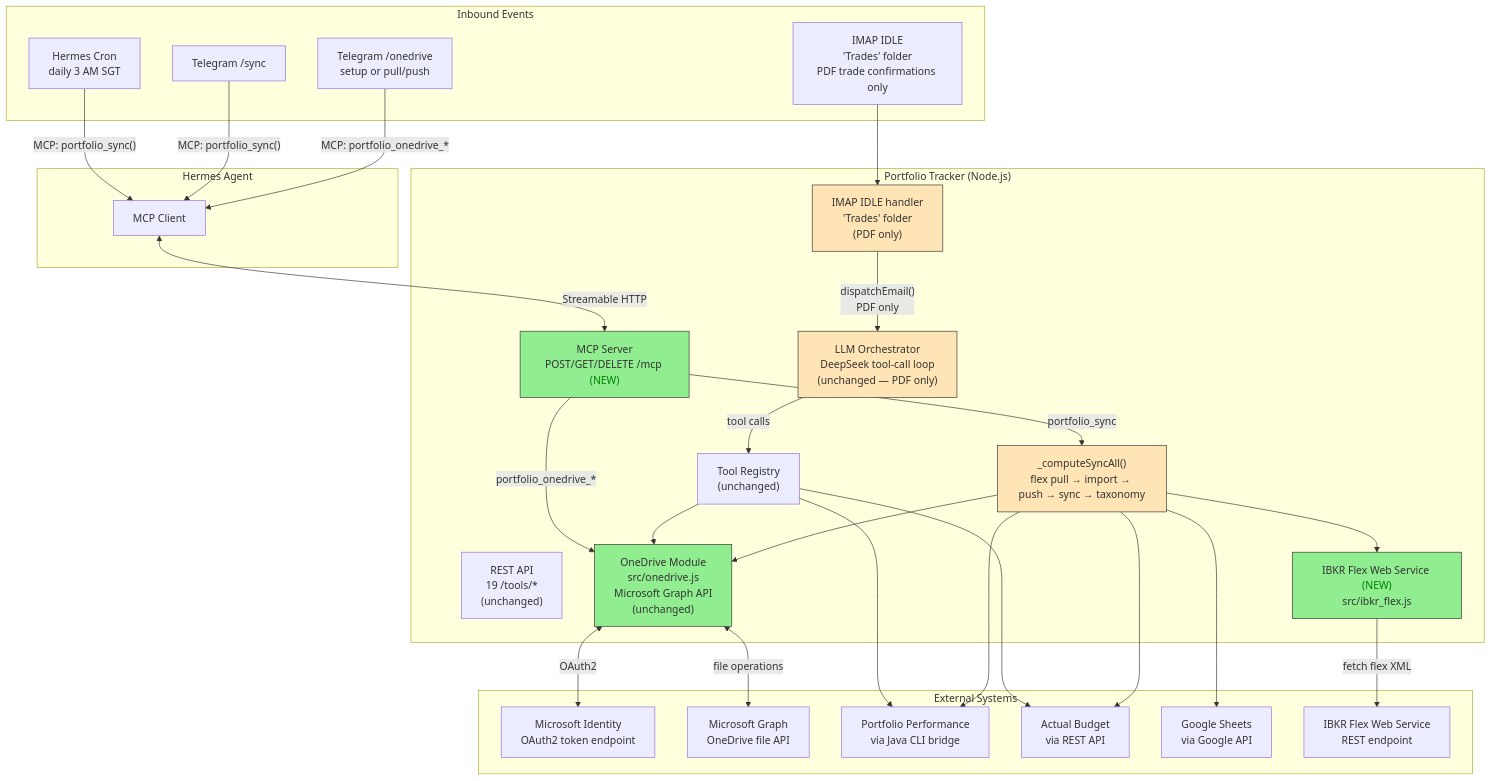
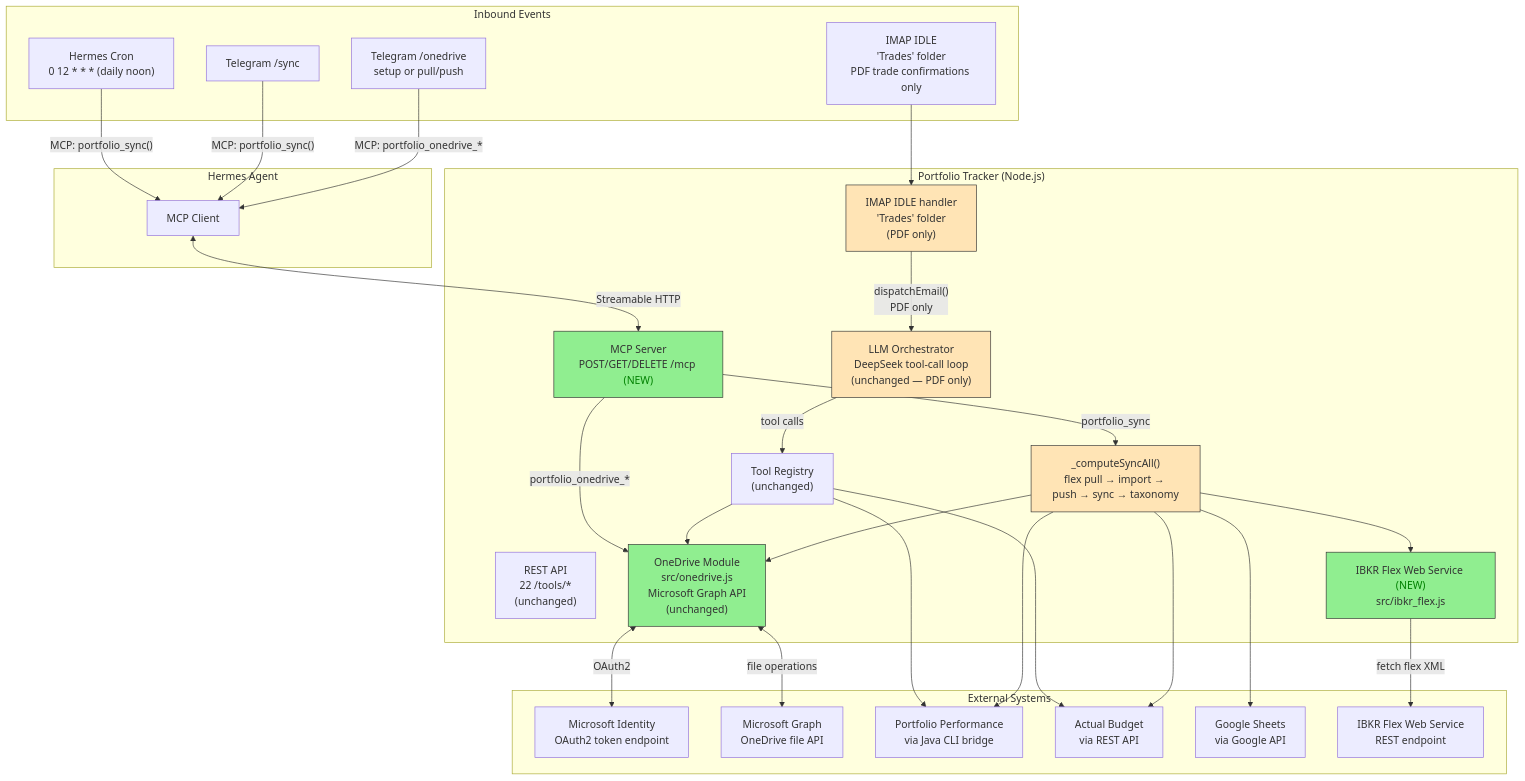
Before and after one commit to darrencjh8/darren-openclaw: the diagram in specs/003-portfolio-tracker/spec.md, drawn with Mermaid. The commit also changed other lines of this file and 36 other files, not shown here.

````diff
--- a/specs/003-portfolio-tracker/spec.md
+++ b/specs/003-portfolio-tracker/spec.md
@@ -23,60 +23,60 @@
 ```mermaid
 flowchart TB
     subgraph Triggers["Inbound Events"]
-        CRON["Hermes Cron<br/>daily 3 AM SGT"]
+        CRON["Hermes Cron<br/>0 12 * * * (daily noon)"]
         TG_SYNC["Telegram /sync"]
         TG_ONEDRIVE["Telegram /onedrive<br/>setup or pull/push"]
         IMAP["IMAP IDLE<br/>'Trades' folder<br/>PDF trade confirmations only"]
     end
 
     subgraph Hermes["Hermes Agent"]
         MCP_C["MCP Client"]
     end
 
     subgraph PT["Portfolio Tracker (Node.js)"]
         MCP_S["MCP Server<br/>POST/GET/DELETE /mcp<span style='color:green'> (NEW)</span>"]
-        REST["REST API<br/>19 /tools/*<br/>(unchanged)"]
+        REST["REST API<br/>22 /tools/*<br/>(unchanged)"]
         ORCH["LLM Orchestrator<br/>DeepSeek tool-call loop<br/>(unchanged — PDF only)"]
         TOOLS["Tool Registry<br/>(unchanged)"]
         IMAP_H["IMAP IDLE handler<br/>'Trades' folder<br/>(PDF only)"]
         SYNC["_computeSyncAll()<br/>flex pull → import → push → sync → taxonomy"]
         FLEX["IBKR Flex Web Service<span style='color:green'> (NEW)</span><br/>src/ibkr_flex.js"]
         OD["OneDrive Module<br/>src/onedrive.js<br/>Microsoft Graph API<br/>(unchanged)"]
     end
 
     subgraph External["External Systems"]
         MS["Microsoft Identity<br/>OAuth2 token endpoint"]
         GRAPH["Microsoft Graph<br/>OneDrive file API"]
         PP["Portfolio Performance<br/>via Java CLI bridge"]
         AB["Actual Budget<br/>via REST API"]
         GSHEETS["Google Sheets<br/>via Google API"]
         IBKR["IBKR Flex Web Service<br/>REST endpoint"]
     end
 
     CRON -->|"MCP: portfolio_sync()"| MCP_C
     TG_SYNC -->|"MCP: portfolio_sync()"| MCP_C
     TG_ONEDRIVE -->|"MCP: portfolio_onedrive_*"| MCP_C
     MCP_C <-->|"Streamable HTTP"| MCP_S
     MCP_S -->|"portfolio_sync"| SYNC
     MCP_S -->|"portfolio_onedrive_*"| OD
     IMAP --> IMAP_H -->|"dispatchEmail()<br/>PDF only"| ORCH
     ORCH -->|"tool calls"| TOOLS
     TOOLS --> PP
     TOOLS --> AB
     TOOLS --> OD
     SYNC --> FLEX
     SYNC --> PP
     SYNC --> AB
     SYNC --> OD
     SYNC --> GSHEETS
     FLEX -->|"fetch flex XML"| IBKR
     OD <-->|"OAuth2"| MS
     OD <-->|"file operations"| GRAPH
 
     style MCP_S fill:#90EE90,stroke:#333
     style FLEX fill:#90EE90,stroke:#333
     style OD fill:#90EE90,stroke:#333
     style ORCH fill:#FFE4B5,stroke:#333
     style IMAP_H fill:#FFE4B5,stroke:#333
     style SYNC fill:#FFE4B5,stroke:#333
 ```
````
